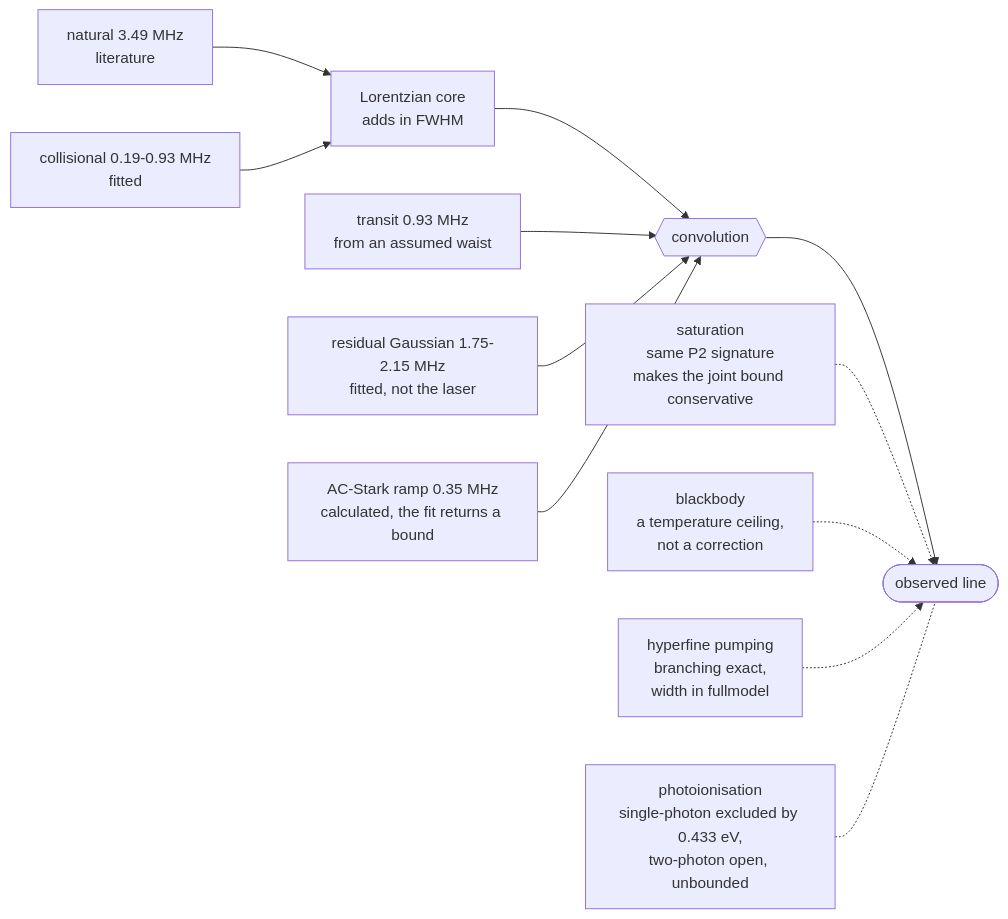
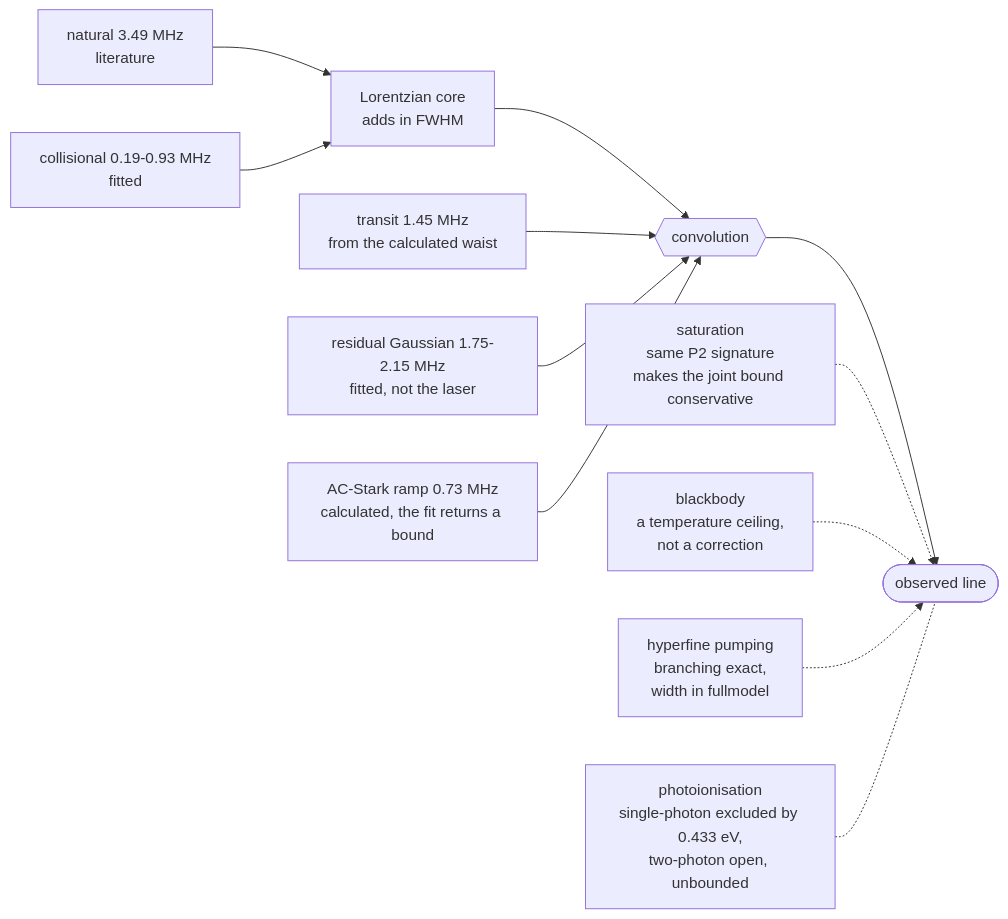
The diagram in README.md (MichelangeloDondi/Rb-5S-6S-analysis), drawn with Mermaid before and after one commit. The commit also changed other lines of this file and 648 other files, not shown here.

````diff
--- a/README.md
+++ b/README.md
@@ -64,14 +68,14 @@
 ```mermaid
 flowchart LR
     NAT["natural 3.49 MHz<br/>literature"] --> CORE
     COL["collisional 0.19-0.93 MHz<br/>fitted"] --> CORE
     CORE["Lorentzian core<br/>adds in FWHM"] --> CONV
-    TRA["transit 0.93 MHz<br/>from an assumed waist"] --> CONV
+    TRA["transit 1.45 MHz<br/>from the calculated waist"] --> CONV
     LAS["residual Gaussian 1.75-2.15 MHz<br/>fitted, not the laser"] --> CONV
-    RAM["AC-Stark ramp 0.35 MHz<br/>calculated, the fit returns a bound"] --> CONV
+    RAM["AC-Stark ramp 0.73 MHz<br/>calculated, the fit returns a bound"] --> CONV
     CONV{{"convolution"}} --> OBS(["observed line"])
     SAT["saturation<br/>same P2 signature<br/>makes the joint bound conservative"] -.-> OBS
     BBR["blackbody<br/>a temperature ceiling,<br/>not a correction"] -.-> OBS
     HFP["hyperfine pumping<br/>branching exact,<br/>width in fullmodel"] -.-> OBS
     PHI["photoionisation<br/>single-photon excluded by 0.433 eV,<br/>two-photon open, unbounded"] -.- OBS
 ```
````
